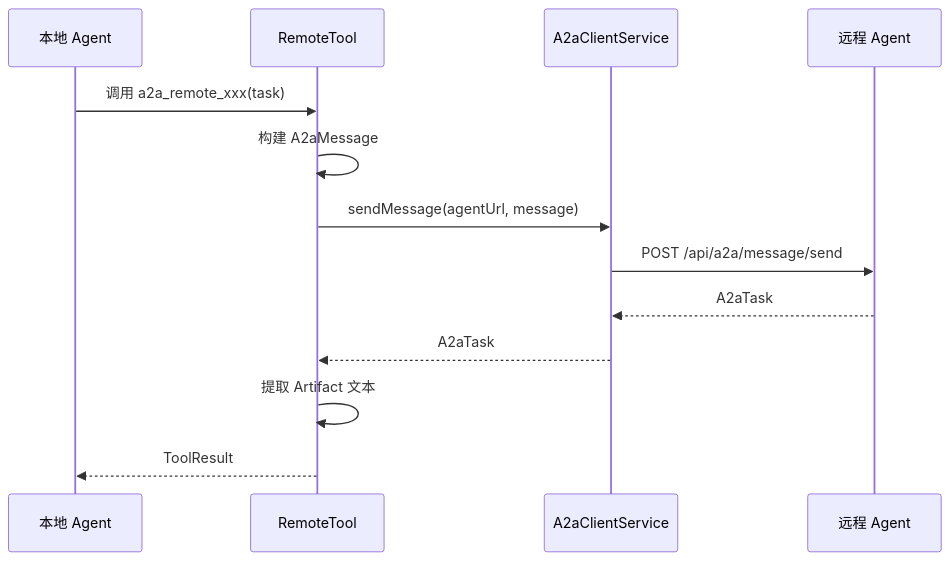
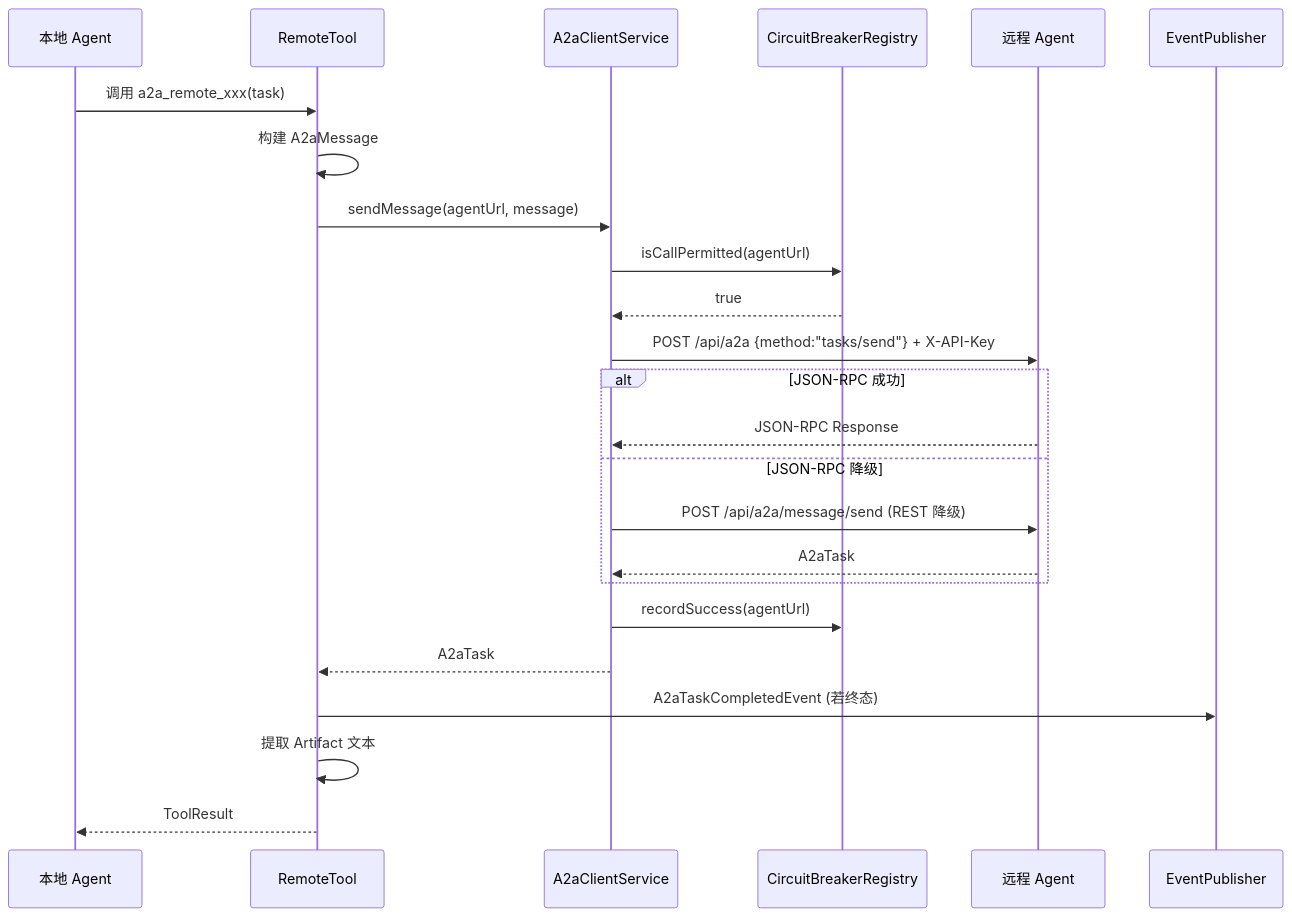
Before and after one commit to ntygod/LifePilot: the third of 3 diagrams in docs/architecture/a2a-protocol.md, drawn with Mermaid. The commit also changed other lines of this file and 19 other files, not shown here.

First line of the commit message:
refactor(a2a): A2A 模块三期重构 — 安全修复、功能补全、JSON-RPC 2.0 合规

````diff
--- a/docs/architecture/a2a-protocol.md
+++ b/docs/architecture/a2a-protocol.md
@@ -114,16 +132,27 @@
 ```mermaid
 sequenceDiagram
     participant AG as 本地 Agent
     participant RT as RemoteTool
     participant ACS as A2aClientService
+    participant ACB as CircuitBreakerRegistry
     participant RA as 远程 Agent
+    participant EP as EventPublisher
 
     AG->>RT: 调用 a2a_remote_xxx(task)
     RT->>RT: 构建 A2aMessage
     RT->>ACS: sendMessage(agentUrl, message)
-    ACS->>RA: POST /api/a2a/message/send
-    RA-->>ACS: A2aTask
+    ACS->>ACB: isCallPermitted(agentUrl)
+    ACB-->>ACS: true
+    ACS->>RA: POST /api/a2a {method:"tasks/send"} + X-API-Key
+    alt JSON-RPC 成功
+        RA-->>ACS: JSON-RPC Response
+    else JSON-RPC 降级
+        ACS->>RA: POST /api/a2a/message/send (REST 降级)
+        RA-->>ACS: A2aTask
+    end
+    ACS->>ACB: recordSuccess(agentUrl)
     ACS-->>RT: A2aTask
+    RT->>EP: A2aTaskCompletedEvent (若终态)
     RT->>RT: 提取 Artifact 文本
     RT-->>AG: ToolResult
 ```
````
